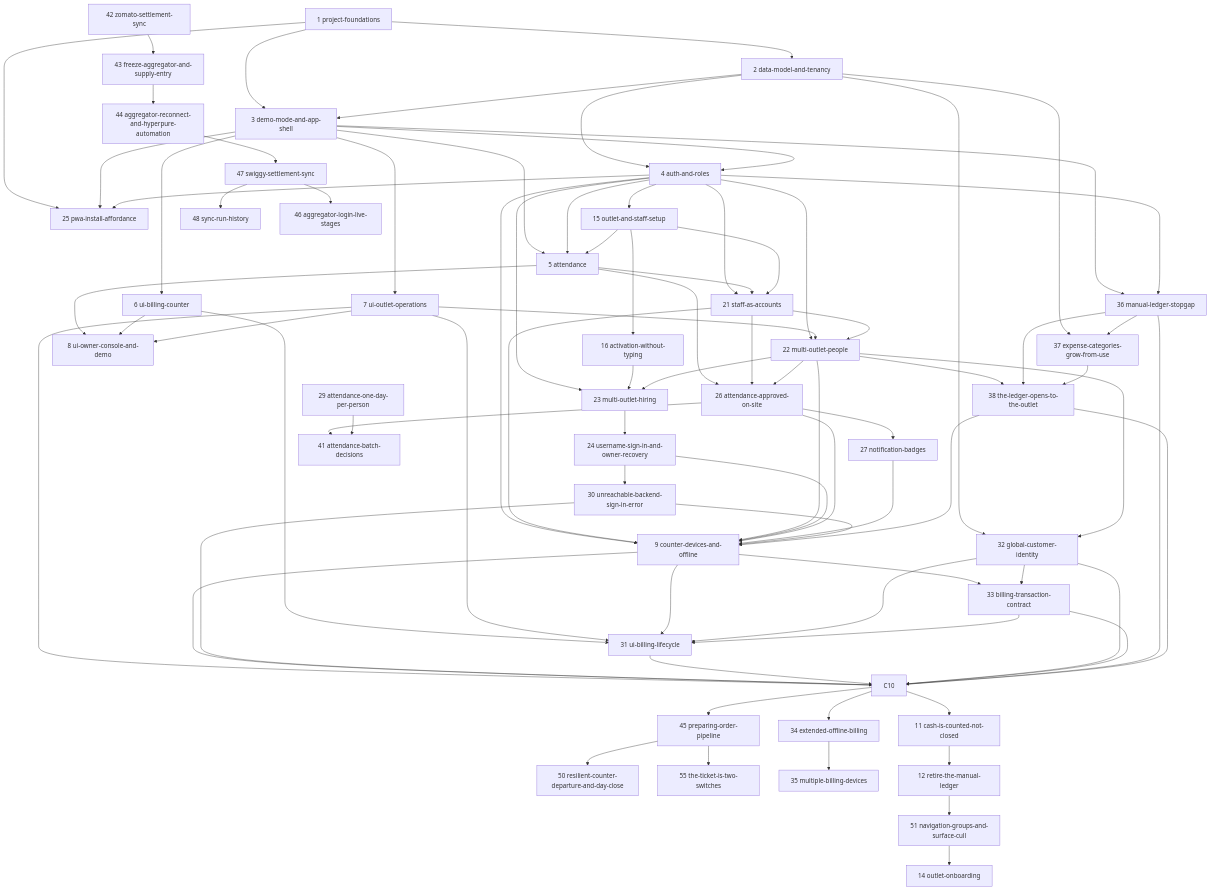
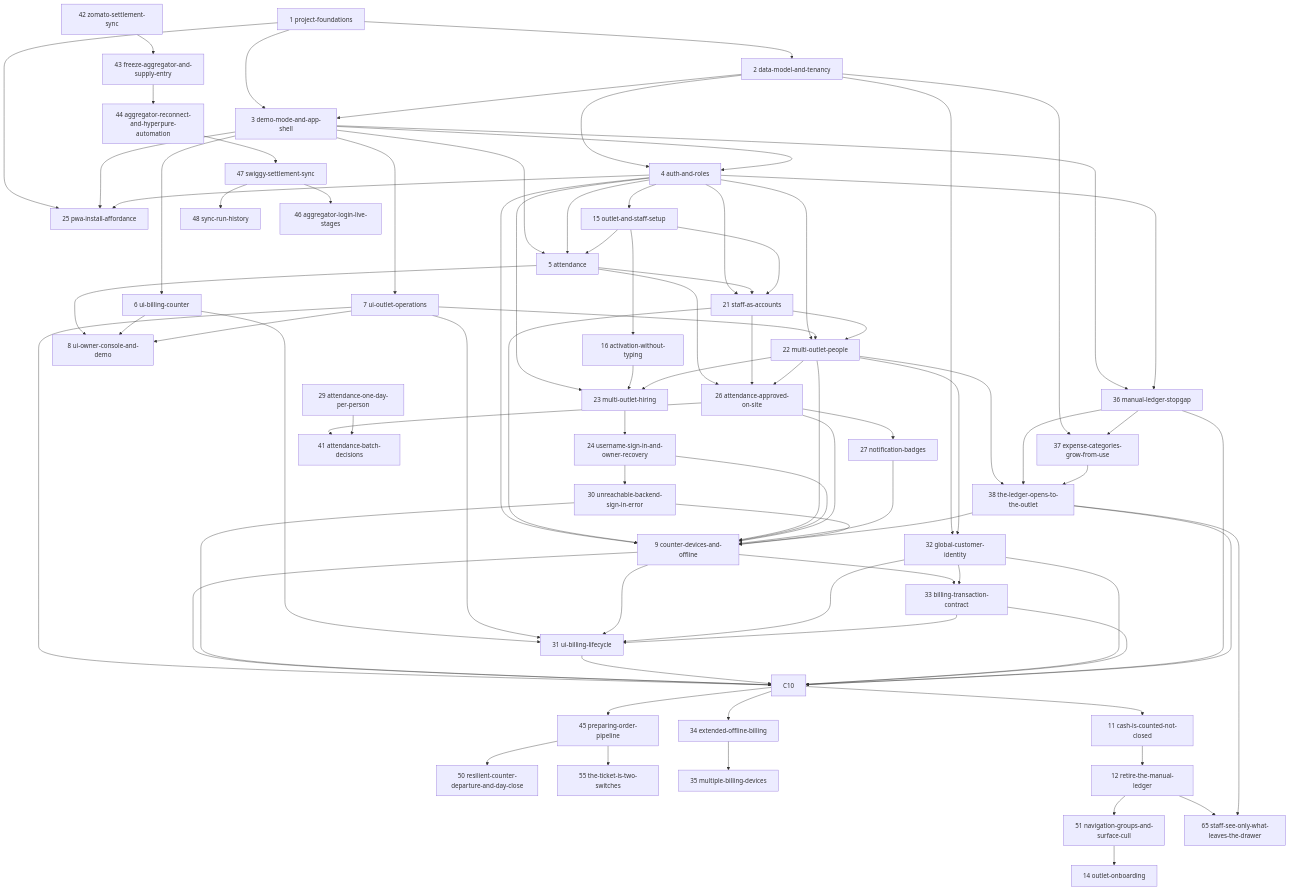
One commit to abdatta/shawarmania-ops changed the diagram in openspec/changes/ROADMAP.md. Above: the diagram before and after it, drawn with Mermaid. The commit also changed other lines of this file and 5 other files, not shown here.

First line of the commit message:
Staff see only what leaves the drawer, proposed (#65)

````diff
--- a/openspec/changes/ROADMAP.md
+++ b/openspec/changes/ROADMAP.md
@@ -265,5 +266,7 @@
     C10 --> C11[11 cash-is-counted-not-closed]
     C11 --> C12[12 retire-the-manual-ledger]
     C12 --> C51[51 navigation-groups-and-surface-cull]
+    C12 --> C65[65 staff-see-only-what-leaves-the-drawer]
+    C38 --> C65
     C51 --> C14[14 outlet-onboarding]
 ```
````
